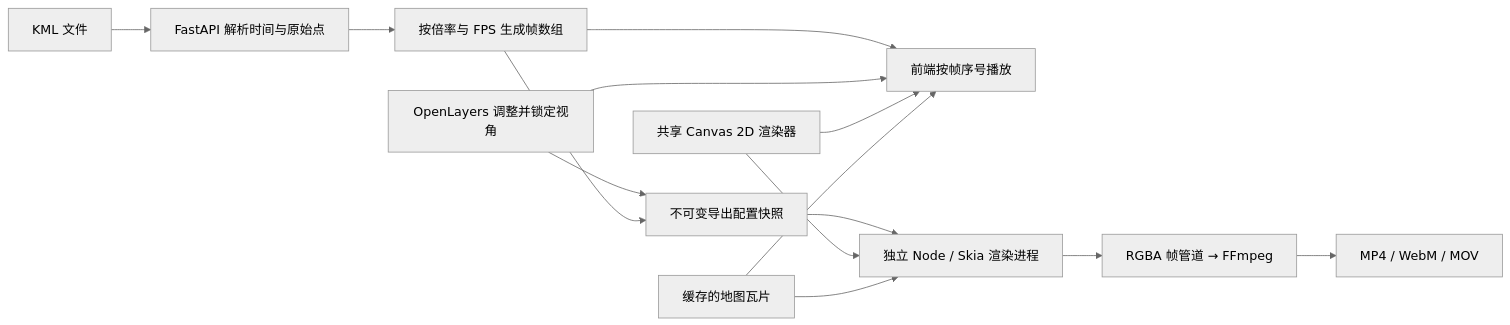
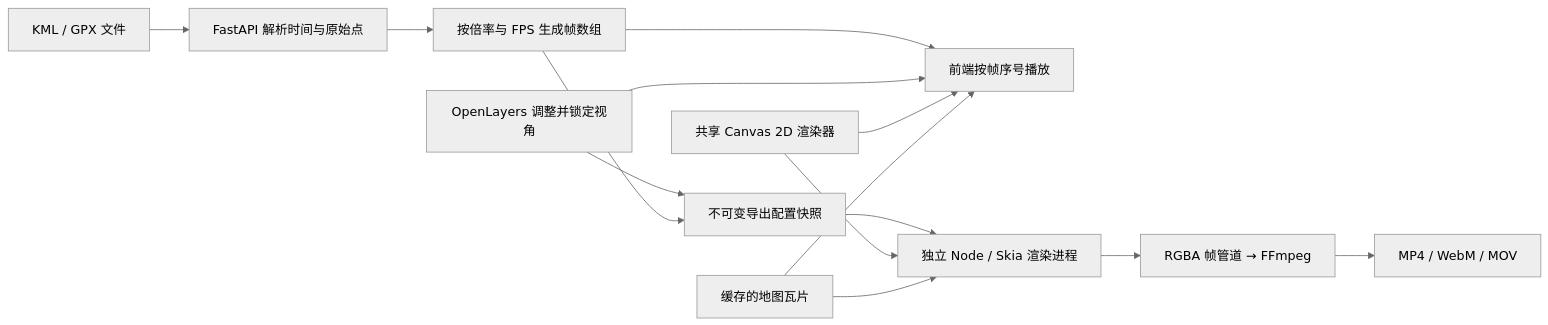
Before and after one commit to AuncelFan/PuddingTrackStudio: the diagram in docs/architecture.md, drawn with Mermaid (neutral theme). The commit also changed other lines of this file and 16 other files, not shown here.

````diff
--- a/docs/architecture.md
+++ b/docs/architecture.md
@@ -5,16 +5,16 @@
 ```mermaid
 flowchart LR
-    A[KML 文件] --> B[FastAPI 解析时间与原始点]
+    A[KML / GPX 文件] --> B[FastAPI 解析时间与原始点]
     B --> C[按倍率与 FPS 生成帧数组]
     C --> D[前端按帧序号播放]
     V[OpenLayers 调整并锁定视角] --> D
     V --> E[不可变导出配置快照]
     C --> E
     E --> F[独立 Node / Skia 渲染进程]
     S[共享 Canvas 2D 渲染器] --> D
     S --> F
     T[缓存的地图瓦片] --> D
     T --> F
     F --> G[RGBA 帧管道 → FFmpeg]
     G --> H[MP4 / WebM / MOV]
 ```
````
